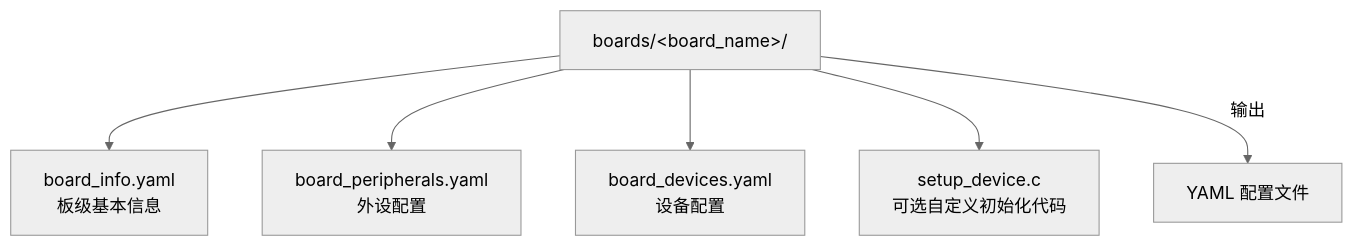
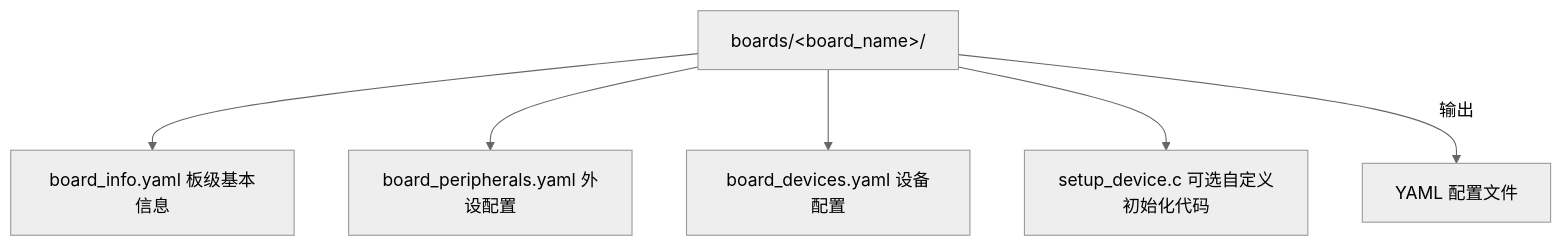
The second of 9 diagrams in index.md (diskman88/gmf_board_manager_docs), drawn with Mermaid (neutral theme) before and after one commit. The commit also changed other lines of this file, not shown here.

````diff
--- a/index.md
+++ b/index.md
@@ -87,9 +87,9 @@
 ```mermaid
 flowchart TD
     A[boards/&lt;board_name&gt;/]
-    A --> A1[board_info.yaml\n板级基本信息]
-    A --> A2[board_peripherals.yaml\n外设配置]
-    A --> A3[board_devices.yaml\n设备配置]
-    A --> A4[setup_device.c\n可选自定义初始化代码]
+    A --> A1[board_info.yaml 板级基本信息]
+    A --> A2[board_peripherals.yaml 外设配置]
+    A --> A3[board_devices.yaml 设备配置]
+    A --> A4[setup_device.c 可选自定义初始化代码]
     A -->|输出| B[YAML 配置文件]
 ```
````
